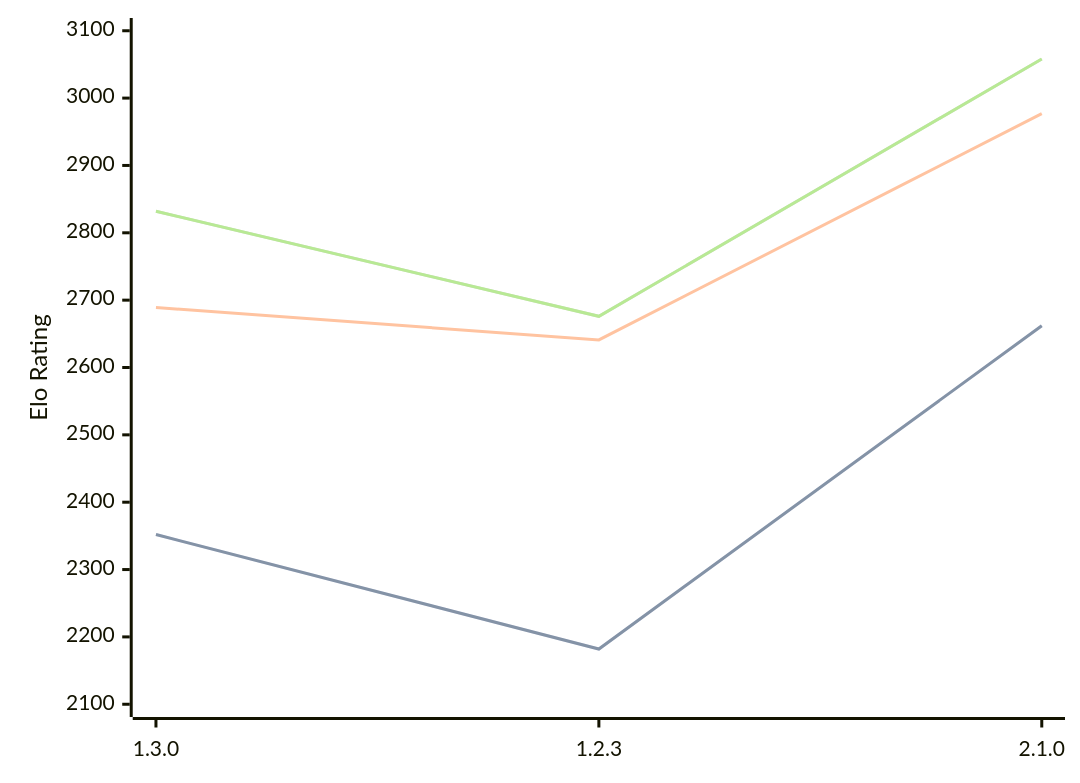
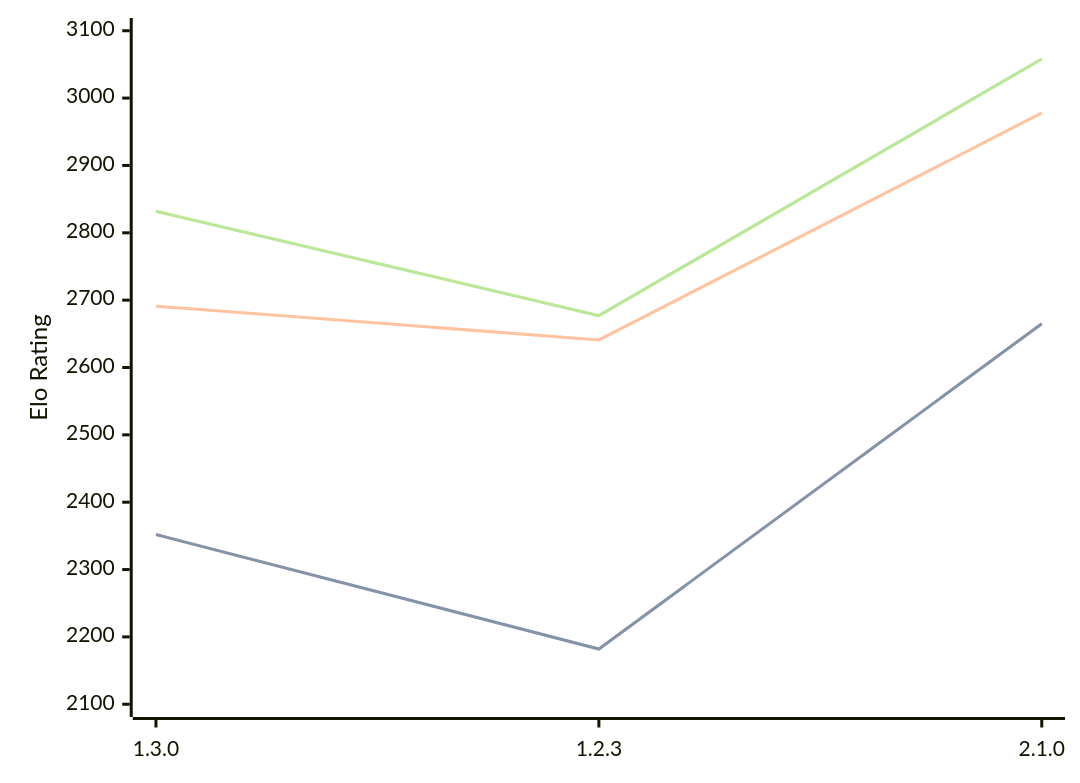
Before and after one commit to computer-chess-index/cci: the third of 3 diagrams in engines/Aspen.md, drawn with Mermaid. The commit also changed other lines of this file, not shown here.

Commit message:
Update CCI Ratings (ELO VLTC) - 2026-06-18

````diff
--- a/engines/Aspen.md
+++ b/engines/Aspen.md
@@ -76,11 +76,11 @@
 ```mermaid
 %%{init: {"theme":"base","themeVariables":{"seriesColors:['#a3a3a3','#222221','#faa371']}}}%%
 xychart-beta
   x-axis ["1.3.0", "1.2.3", "2.1.0"]
   y-axis "Elo Rating" 2100 --> 3100
-  line "STC (8.0+0.08s)" [2352, 2182, 2662]
-  line "STC (8.0+0.08s)" [2352, 2182, 2662]
-  line "LTC (60.0+0.60s)" [2689, 2641, 2977]
-  line "VLTC (2m24s+1.12s)" [2832, 2676, 3058]
-  line "VLTC (2m24s+1.12s)" [2832, 2676, 3058]
+  line "STC (8.0+0.08s)" [2352, 2182, 2665]
+  line "STC (8.0+0.08s)" [2352, 2182, 2665]
+  line "LTC (60.0+0.60s)" [2691, 2641, 2978]
+  line "VLTC (2m24s+1.12s)" [2832, 2677, 3058]
+  line "VLTC (2m24s+1.12s)" [2832, 2677, 3058]
 ```
````
